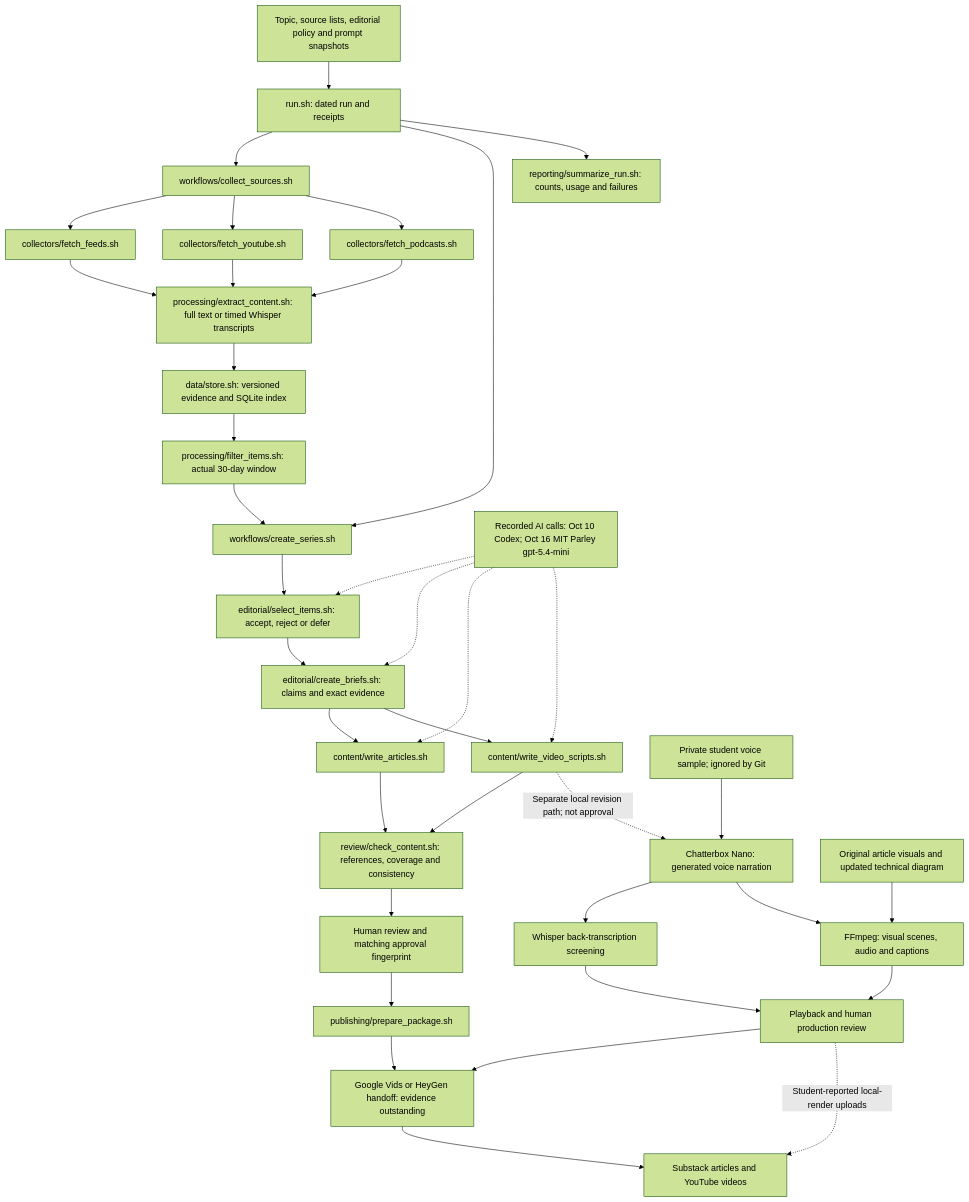
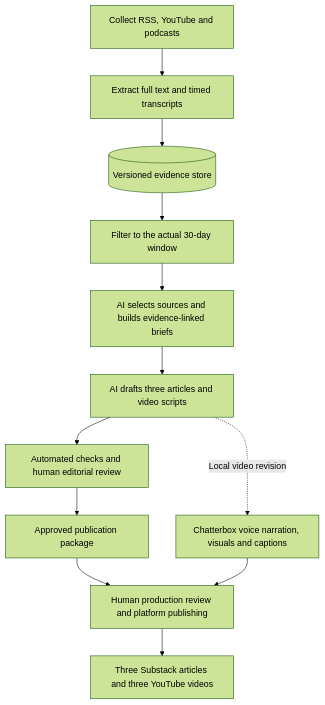
The diagram in SUBMISSION.md (harrrisw/ps04), drawn with Mermaid (forest theme) before and after one commit. The commit also changed other lines of this file, not shown here.

Commit message:
Consolidate submission using course template and simplified architecture

````diff
--- a/SUBMISSION.md
+++ b/SUBMISSION.md
@@ -100,39 +55,14 @@
 ```mermaid
 flowchart TD
-    CFG["Topic, source lists, editorial policy and prompt snapshots"] --> R["run.sh: dated run and receipts"]
-    R --> CW["workflows/collect_sources.sh"]
-    CW --> F["collectors/fetch_feeds.sh"]
-    CW --> Y["collectors/fetch_youtube.sh"]
-    CW --> P["collectors/fetch_podcasts.sh"]
-    F --> E["processing/extract_content.sh: full text or timed Whisper transcripts"]
-    Y --> E
-    P --> E
-    E --> D["data/store.sh: versioned evidence and SQLite index"]
-    D --> W["processing/filter_items.sh: actual 30-day window"]
-    W --> SW["workflows/create_series.sh"]
-    R --> SW
-    SW --> S["editorial/select_items.sh: accept, reject or defer"]
-    S --> B["editorial/create_briefs.sh: claims and exact evidence"]
-    B --> A["content/write_articles.sh"]
-    B --> V["content/write_video_scripts.sh"]
-    A --> Q["review/check_content.sh: references, coverage and consistency"]
-    V --> Q
-    Q --> H["Human review and matching approval fingerprint"]
-    H --> K["publishing/prepare_package.sh"]
-    R --> SUM["reporting/summarize_run.sh: counts, usage and failures"]
-    LLM["Recorded AI calls: Oct 10 Codex; Oct 16 MIT Parley gpt-5.4-mini"] -.-> S
-    LLM -.-> B
-    LLM -.-> A
-    LLM -.-> V
-    V -. "Separate local revision path; not approval" .-> CB["Chatterbox Nano: generated voice narration"]
-    REF["Private student voice sample; ignored by Git"] --> CB
-    CB --> ASR["Whisper back-transcription screening"]
-    CB --> FF["FFmpeg: visual scenes, audio and captions"]
-    VIS["Original article visuals and updated technical diagram"] --> FF
-    ASR --> PR["Playback and human production review"]
-    FF --> PR
-    K --> GP["Google Vids or HeyGen handoff: evidence outstanding"]
-    PR --> GP
-    PR -. "Student-reported local-render uploads" .-> PUB["Substack articles and YouTube videos"]
-    GP --> PUB
+    A["Collect RSS, YouTube and podcasts"] --> B["Extract full text and timed transcripts"]
+    B --> C[("Versioned evidence store")]
+    C --> D["Filter to the actual 30-day window"]
+    D --> E["AI selects sources and builds evidence-linked briefs"]
+    E --> F["AI drafts three articles and video scripts"]
+    F --> G["Automated checks and human editorial review"]
+    G --> H["Approved publication package"]
+    F -. "Local video revision" .-> I["Chatterbox voice narration, visuals and captions"]
+    H --> J["Human production review and platform publishing"]
+    I --> J
+    J --> K["Three Substack articles and three YouTube videos"]
 ```
````
